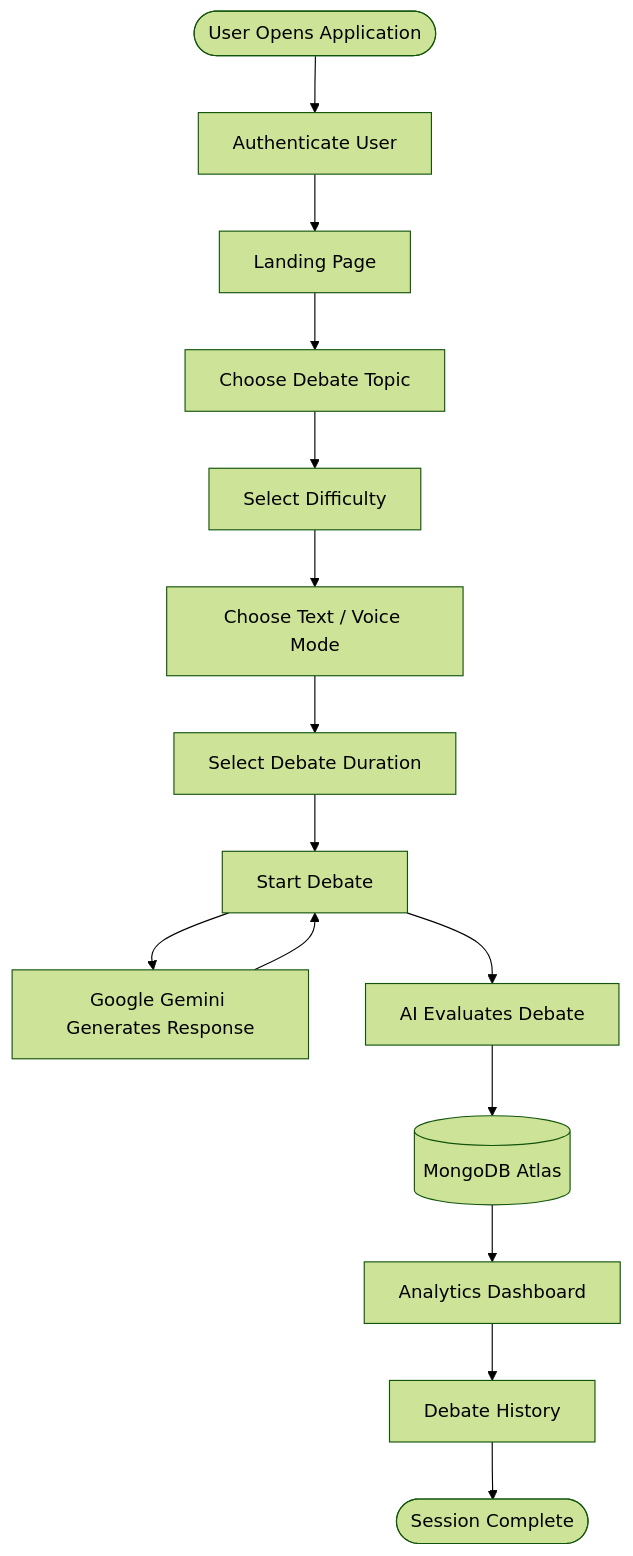
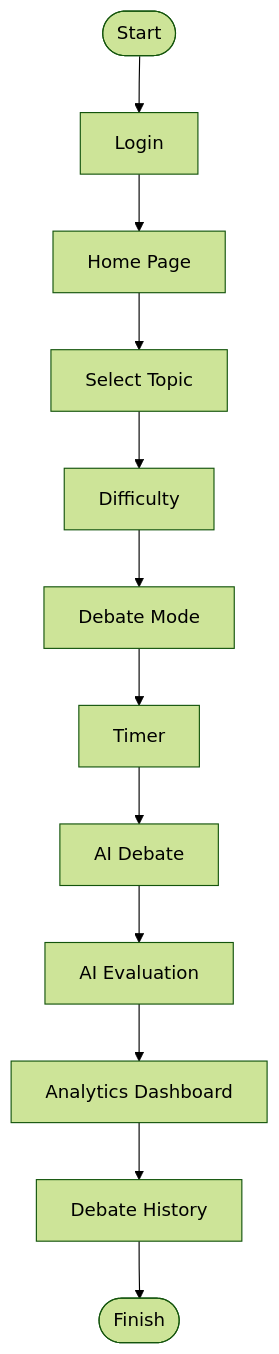
Before and after one commit to Peethambari123/AI-Debate-Arena2: the second of 2 diagrams in README.md, drawn with Mermaid (forest theme). The commit also changed other lines of this file, not shown here.

````diff
--- a/README.md
+++ b/README.md
@@ -441,59 +267,49 @@
 ```mermaid
 flowchart TD
 
-Start([User Opens Application])
+Start([Start])
 
-Login[Authenticate User]
+Login[Login]
 
-Home[Landing Page]
+Home[Home Page]
 
-Topic[Choose Debate Topic]
+Topic[Select Topic]
 
-Difficulty[Select Difficulty]
+Difficulty[Difficulty]
 
-Mode[Choose Text / Voice Mode]
+Mode[Debate Mode]
 
-Timer[Select Debate Duration]
+Timer[Timer]
 
-Debate[Start Debate]
+Debate[AI Debate]
 
-Gemini[Google Gemini Generates Response]
+Evaluation[AI Evaluation]
 
-Evaluation[AI Evaluates Debate]
-
-Database[(MongoDB Atlas)]
-
-Dashboard[Analytics Dashboard]
+Analytics[Analytics Dashboard]
 
 History[Debate History]
 
-End([Session Complete])
+End([Finish])
 
 Start --> Login
 
 Login --> Home
 
 Home --> Topic
 
 Topic --> Difficulty
 
 Difficulty --> Mode
 
 Mode --> Timer
 
 Timer --> Debate
 
-Debate --> Gemini
-
-Gemini --> Debate
-
 Debate --> Evaluation
 
-Evaluation --> Database
+Evaluation --> Analytics
 
-Database --> Dashboard
-
-Dashboard --> History
+Analytics --> History
 
 History --> End
 ```
````
